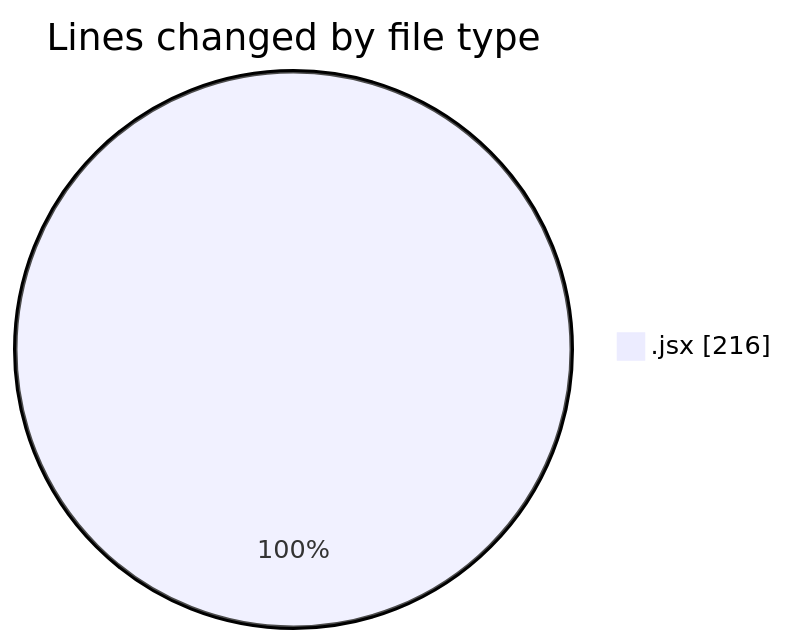
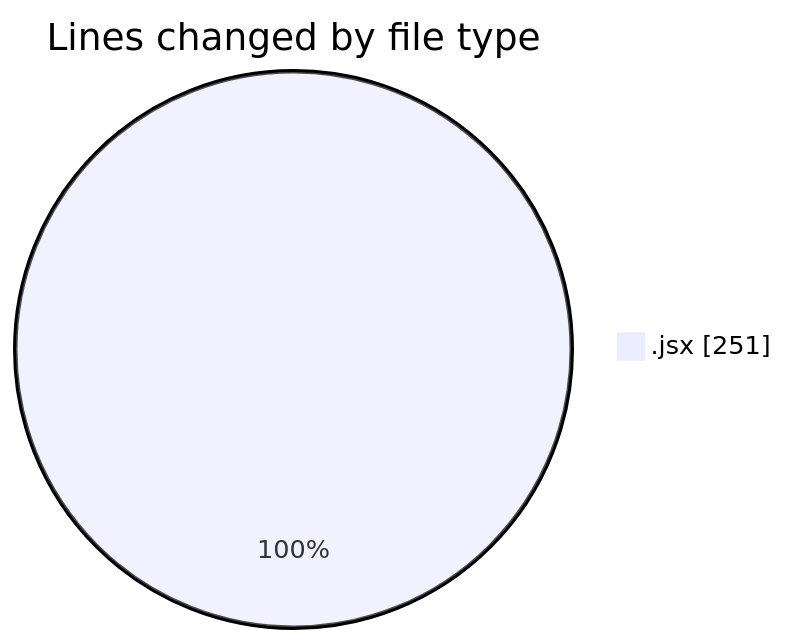
One commit to nxtqubesakshisongat/code-tracking changed the first of 2 diagrams in 2025-10-09/nxtqube_webapp/README.md. Above: the diagram before and after it, drawn with Mermaid. The commit also changed other lines of this file and 1 other file, not shown here.

````diff
--- a/2025-10-09/nxtqube_webapp/README.md
+++ b/2025-10-09/nxtqube_webapp/README.md
@@ -20,5 +20,5 @@
 ```mermaid
 pie showData
 title Lines changed by file type
-".jsx" : 216
+".jsx" : 251
 ```
````
